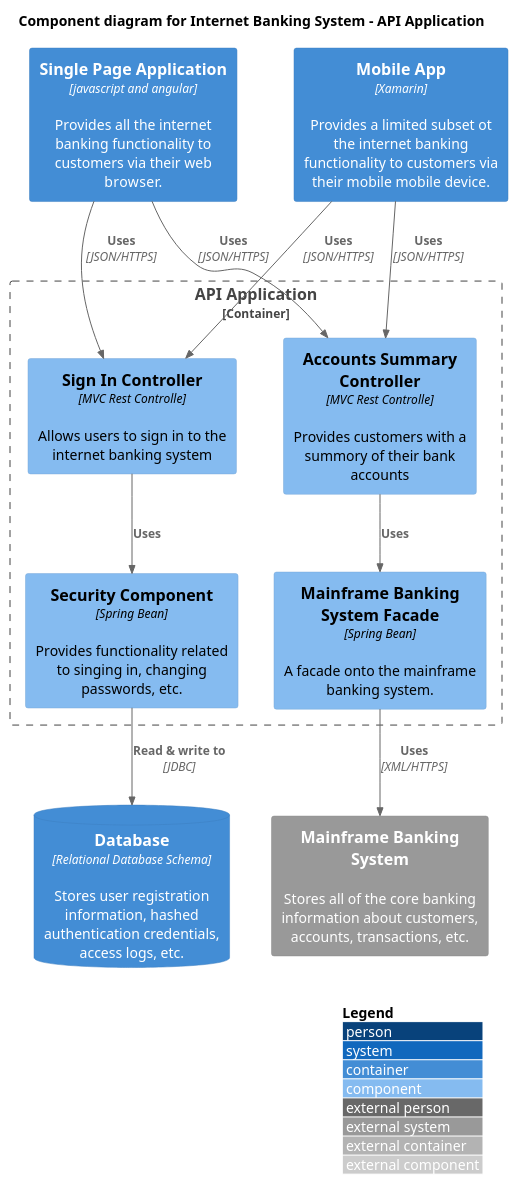
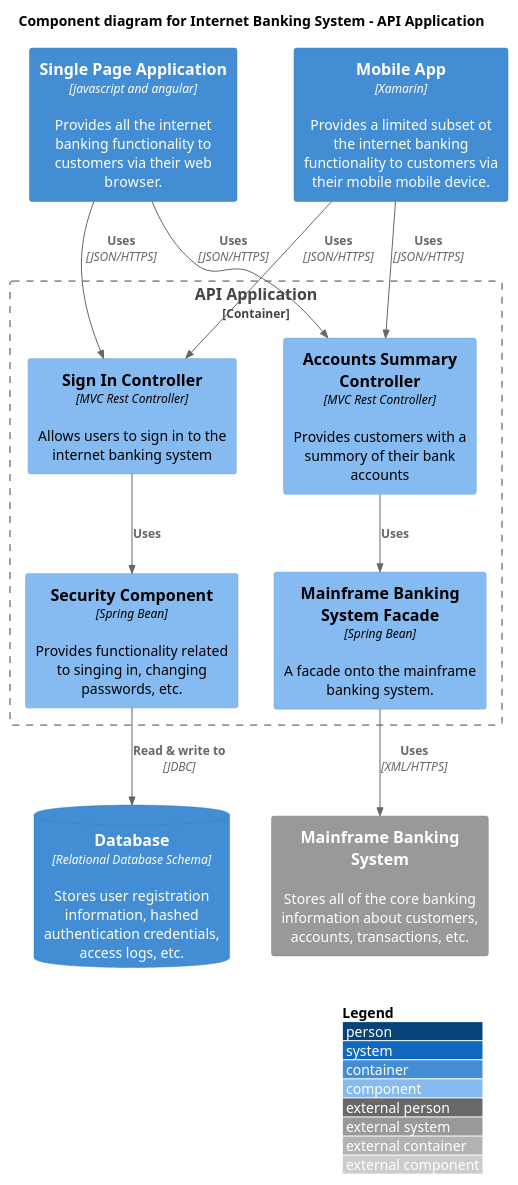
One commit to jsiegmund/documentation-as-code changed the diagram in source/diagrams/C4_Component.puml. Above: the diagram before and after it, drawn with PlantUML.

Commit message:
Updated controlleR

```diff
--- a/source/diagrams/C4_Component.puml
+++ b/source/diagrams/C4_Component.puml
@@ -1,32 +1,32 @@
 @startuml component-diagram
 !include https://raw.githubusercontent.com/adrianvlupu/C4-PlantUML/latest/C4_Component.puml
 ' uncomment the following line and comment the first to use locally
 ' !include C4_Component.puml
 
 LAYOUT_WITH_LEGEND()
 
 title Component diagram for Internet Banking System - API Application
 
 Container(spa, "Single Page Application", "javascript and angular", "Provides all the internet banking functionality to customers via their web browser.")
 Container(ma, "Mobile App", "Xamarin", "Provides a limited subset ot the internet banking functionality to customers via their mobile mobile device.")
 ContainerDb(db, "Database", "Relational Database Schema", "Stores user registration information, hashed authentication credentials, access logs, etc.")
 System_Ext(mbs, "Mainframe Banking System", "Stores all of the core banking information about customers, accounts, transactions, etc.")
 
 Container_Boundary(api, "API Application") {
-    Component(sign, "Sign In Controller", "MVC Rest Controlle", "Allows users to sign in to the internet banking system")
-    Component(accounts, "Accounts Summary Controller", "MVC Rest Controlle", "Provides customers with a summory of their bank accounts")
+    Component(sign, "Sign In Controller", "MVC Rest Controller", "Allows users to sign in to the internet banking system")
+    Component(accounts, "Accounts Summary Controller", "MVC Rest Controller", "Provides customers with a summory of their bank accounts")
     Component(security, "Security Component", "Spring Bean", "Provides functionality related to singing in, changing passwords, etc.")
     Component(mbsfacade, "Mainframe Banking System Facade", "Spring Bean", "A facade onto the mainframe banking system.")
 
     Rel(sign, security, "Uses")
     Rel(accounts, mbsfacade, "Uses")
     Rel(security, db, "Read & write to", "JDBC")
     Rel(mbsfacade, mbs, "Uses", "XML/HTTPS")
 }
 
 Rel(spa, sign, "Uses", "JSON/HTTPS")
 Rel(spa, accounts, "Uses", "JSON/HTTPS")
 
 Rel(ma, sign, "Uses", "JSON/HTTPS")
 Rel(ma, accounts, "Uses", "JSON/HTTPS")
 @enduml
```
